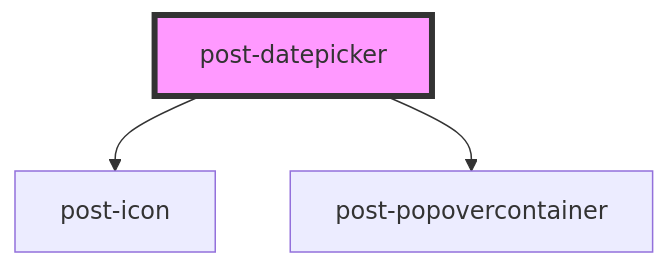
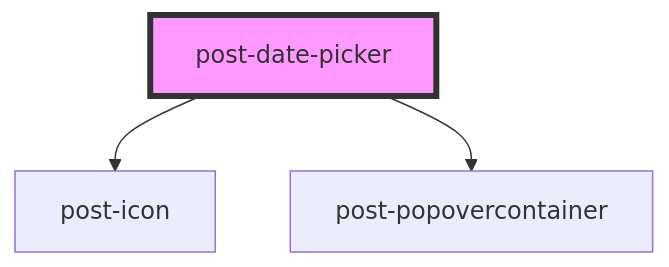
One commit to swisspost/design-system changed the diagram in packages/components/src/components/post-datepicker/readme.md. Above: the diagram before and after it, drawn with Mermaid. The commit also changed 11 other files, not shown here.

Commit message:
rename to post-date-picker

````diff
--- a/packages/components/src/components/post-datepicker/readme.md
+++ b/packages/components/src/components/post-datepicker/readme.md
@@ -67,6 +67,6 @@
 ```mermaid
 graph TD;
-  post-datepicker --> post-icon
-  post-datepicker --> post-popovercontainer
-  style post-datepicker fill:#f9f,stroke:#333,stroke-width:4px
+  post-date-picker --> post-icon
+  post-date-picker --> post-popovercontainer
+  style post-date-picker fill:#f9f,stroke:#333,stroke-width:4px
 ```
````
